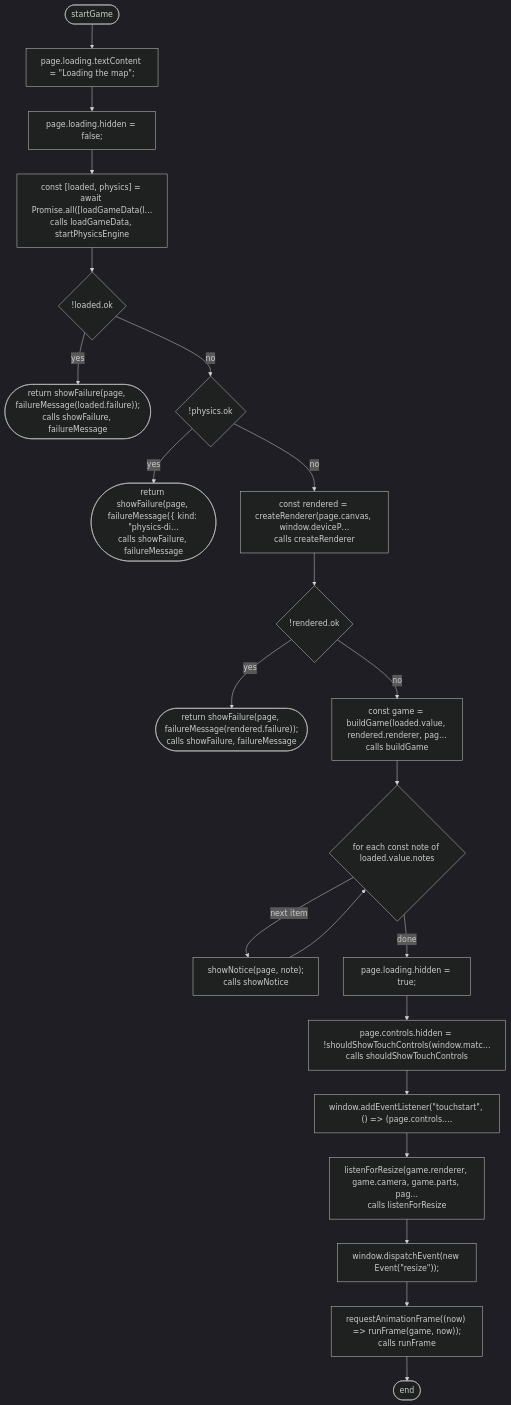
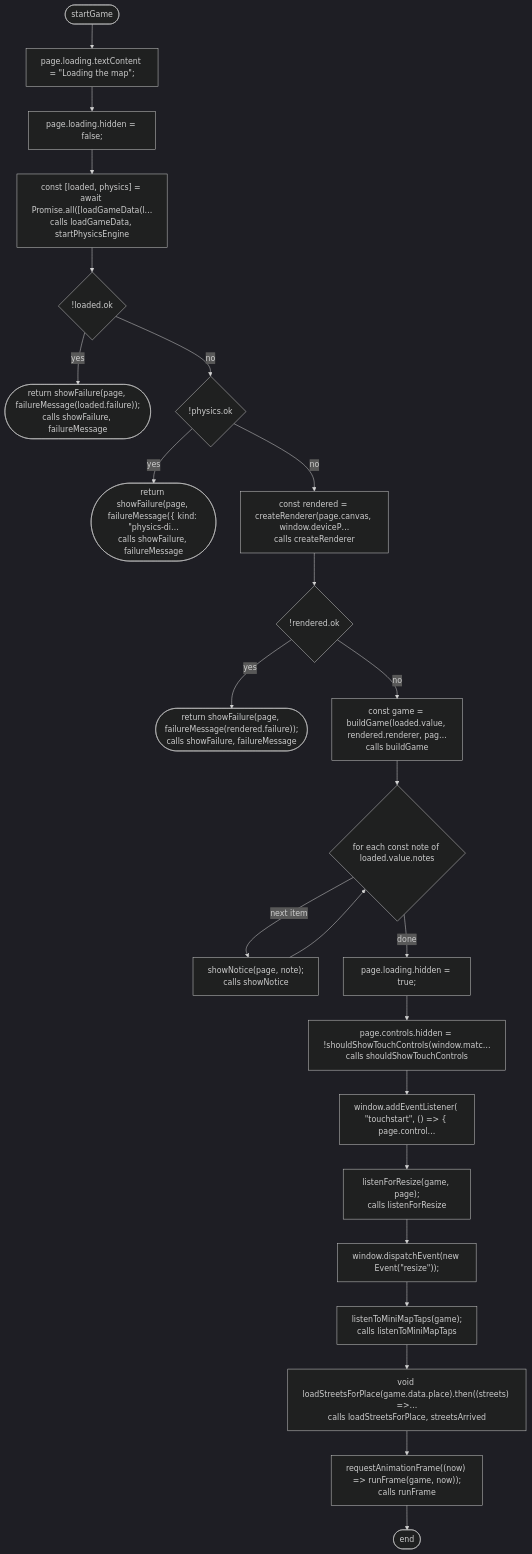
The first of 6 diagrams in docs/flows/src/game/main.md (NewDara-Star/world-engine), drawn with Mermaid (dark theme) before and after one commit. The commit also changed other lines of this file and 58 other files, not shown here.

````diff
--- a/docs/flows/src/game/main.md
+++ b/docs/flows/src/game/main.md
@@ -7,45 +7,49 @@
 ```mermaid
 flowchart TD
   n1(["startGame"])
   n2["page.loading.textContent = #quot;Loading the map#quot;;"]
   n3["page.loading.hidden = false;"]
   n4["const [loaded, physics] = await Promise.all([loadGameData(l…<br/>calls loadGameData, startPhysicsEngine"]
   n5{"!loaded.ok"}
   n6(["return showFailure(page, failureMessage(loaded.failure));<br/>calls showFailure, failureMessage"])
   n7{"!physics.ok"}
   n8(["return showFailure(page, failureMessage({ kind: #quot;physics-di…<br/>calls showFailure, failureMessage"])
   n9["const rendered = createRenderer(page.canvas, window.deviceP…<br/>calls createRenderer"]
   n10{"!rendered.ok"}
   n11(["return showFailure(page, failureMessage(rendered.failure));<br/>calls showFailure, failureMessage"])
   n12["const game = buildGame(loaded.value, rendered.renderer, pag…<br/>calls buildGame"]
   n13{"for each const note of loaded.value.notes"}
   n14["showNotice(page, note);<br/>calls showNotice"]
   n15["page.loading.hidden = true;"]
   n16["page.controls.hidden = !shouldShowTouchControls(window.matc…<br/>calls shouldShowTouchControls"]
-  n17["window.addEventListener(#quot;touchstart#quot;, () =#gt; (page.controls.…"]
-  n18["listenForResize(game.renderer, game.camera, game.parts, pag…<br/>calls listenForResize"]
+  n17["window.addEventListener( #quot;touchstart#quot;, () =#gt; { page.control…"]
+  n18["listenForResize(game, page);<br/>calls listenForResize"]
   n19["window.dispatchEvent(new Event(#quot;resize#quot;));"]
-  n20["requestAnimationFrame((now) =#gt; runFrame(game, now));<br/>calls runFrame"]
-  n21(["end"])
+  n20["listenToMiniMapTaps(game);<br/>calls listenToMiniMapTaps"]
+  n21["void loadStreetsForPlace(game.data.place).then((streets) =#gt;…<br/>calls loadStreetsForPlace, streetsArrived"]
+  n22["requestAnimationFrame((now) =#gt; runFrame(game, now));<br/>calls runFrame"]
+  n23(["end"])
   n1 --> n2
   n2 --> n3
   n3 --> n4
   n4 --> n5
   n5 -->|"yes"| n6
   n5 -->|"no"| n7
   n7 -->|"yes"| n8
   n7 -->|"no"| n9
   n9 --> n10
   n10 -->|"yes"| n11
   n10 -->|"no"| n12
   n12 --> n13
   n13 -->|"next item"| n14
   n14 --> n13
   n13 -->|"done"| n15
   n15 --> n16
   n16 --> n17
   n17 --> n18
   n18 --> n19
   n19 --> n20
   n20 --> n21
+  n21 --> n22
+  n22 --> n23
 ```
````
